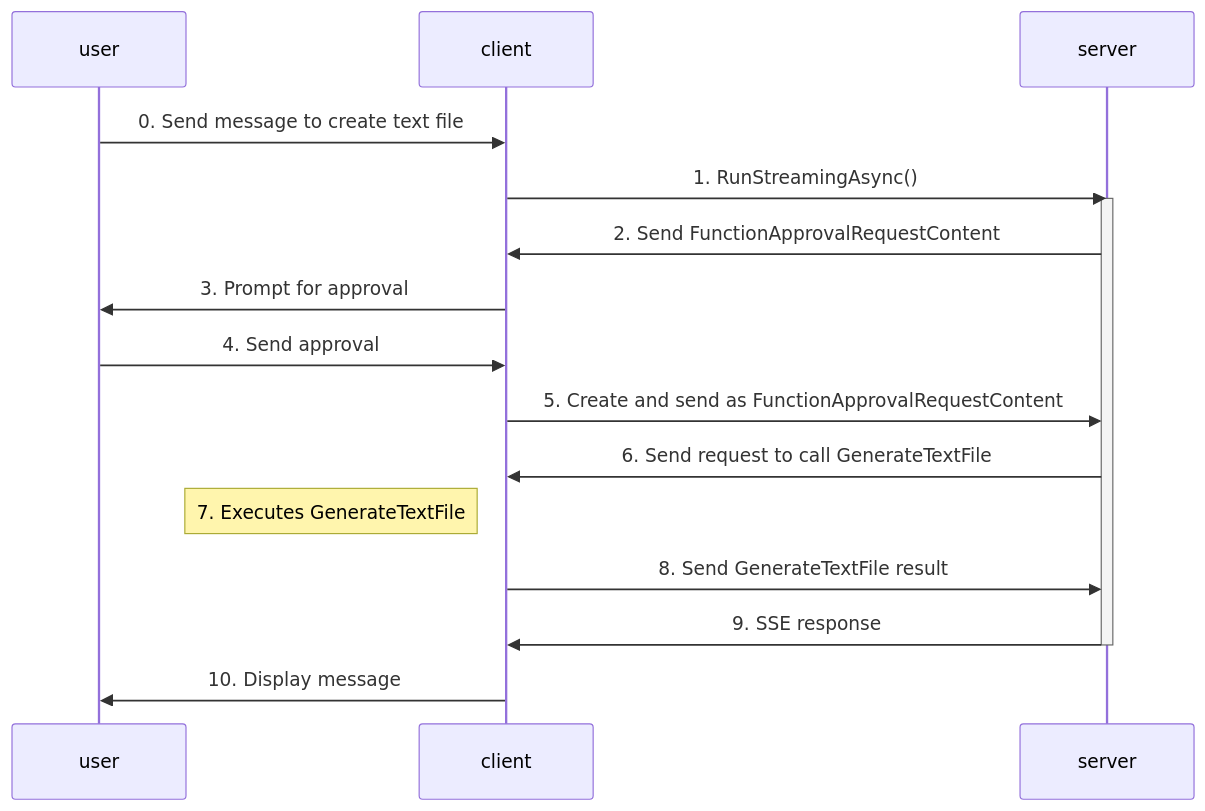
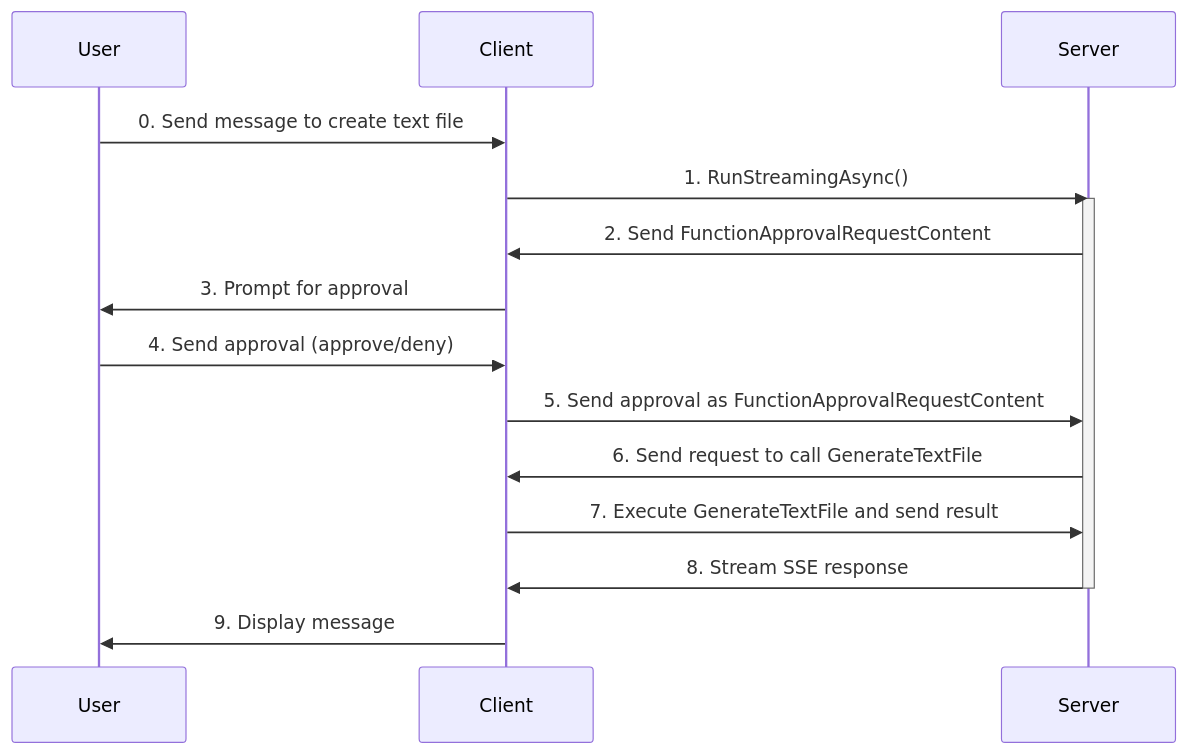
The diagram in project1/Client_Tutorial_3/README.md (jasmin-software/dotnet_agui_workshop), drawn with Mermaid before and after one commit. The commit also changed 3 other files, not shown here.

Commit message:
clean up diagrams

````diff
--- a/project1/Client_Tutorial_3/README.md
+++ b/project1/Client_Tutorial_3/README.md
@@ -112,16 +112,15 @@
 ```mermaid
 sequenceDiagram;
-   user->>client:   0. Send message to create text file
-   client->>server: 1. RunStreamingAsync()
-   activate server
-   server->>client: 2. Send FunctionApprovalRequestContent
-   client->>user: 3. Prompt for approval
-   user->>client: 4. Send approval
-   client->>server: 5. Create and send as FunctionApprovalRequestContent 
-   server->>client: 6. Send request to call GenerateTextFile
-   Note left of client: 7. Executes GenerateTextFile
-   client->>server: 8. Send GenerateTextFile result
-   server->>client: 9. SSE response
-   deactivate server
-   client->>user: 10. Display message
+   User->>Client:   0. Send message to create text file
+   Client->>Server: 1. RunStreamingAsync()
+   activate Server
+   Server->>Client: 2. Send FunctionApprovalRequestContent
+   Client->>User: 3. Prompt for approval
+   User->>Client: 4. Send approval (approve/deny)
+   Client->>Server: 5. Send approval as FunctionApprovalRequestContent 
+   Server->>Client: 6. Send request to call GenerateTextFile
+   Client->>Server: 7. Execute GenerateTextFile and send result
+   Server->>Client: 8. Stream SSE response
+   deactivate Server
+   Client->>User: 9. Display message
 ```
````
